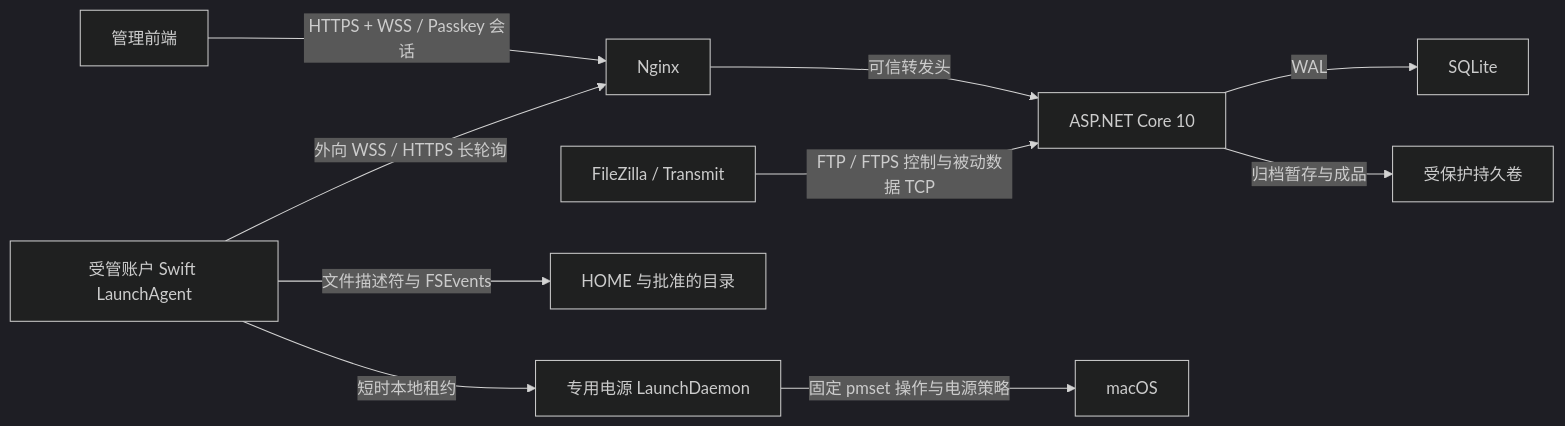
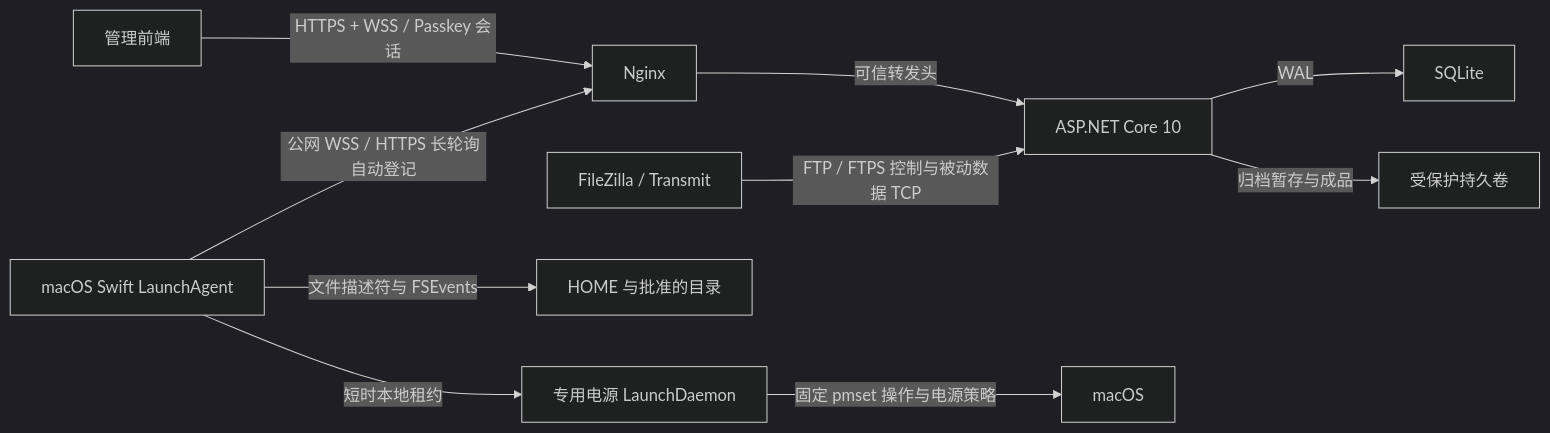
Before and after one commit to RyanStanLin/FileSharingService: the diagram in docs/architecture.md, drawn with Mermaid (dark theme). The commit also changed other lines of this file and 30 other files, not shown here.

````diff
--- a/docs/architecture.md
+++ b/docs/architecture.md
@@ -5,12 +5,12 @@
 ```mermaid
 flowchart LR
     Browser["管理前端"] -->|"HTTPS + WSS / Passkey 会话"| Proxy["Nginx"]
     Proxy -->|"可信转发头"| Server["ASP.NET Core 10"]
     FTP["FileZilla / Transmit"] -->|"FTP / FTPS 控制与被动数据 TCP"| Server
     Server -->|"WAL"| DB["SQLite"]
     Server -->|"归档暂存与成品"| Files["受保护持久卷"]
-    Agent["受管账户 Swift LaunchAgent"] -->|"外向 WSS / HTTPS 长轮询"| Proxy
+    Agent["macOS Swift LaunchAgent"] -->|"公网 WSS / HTTPS 长轮询自动登记"| Proxy
     Agent -->|"文件描述符与 FSEvents"| Home["HOME 与批准的目录"]
     Agent -->|"短时本地租约"| Power["专用电源 LaunchDaemon"]
     Power -->|"固定 pmset 操作与电源策略"| OS["macOS"]
 ```
````
